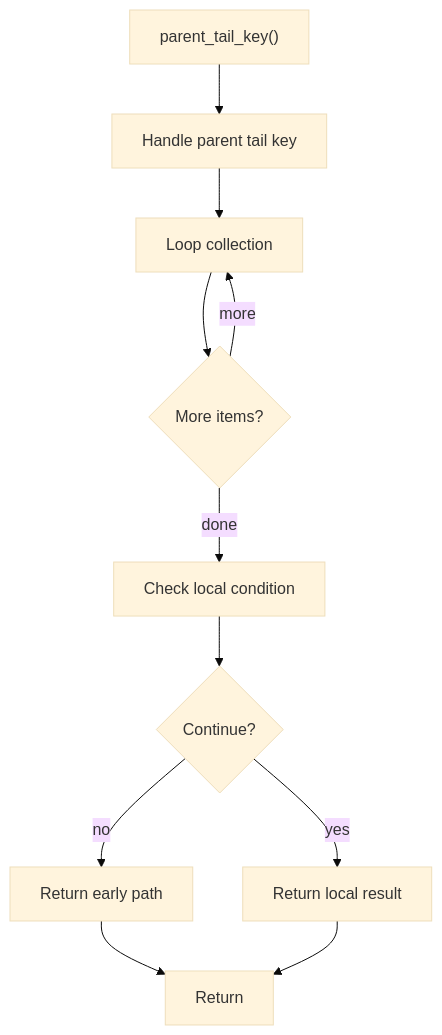
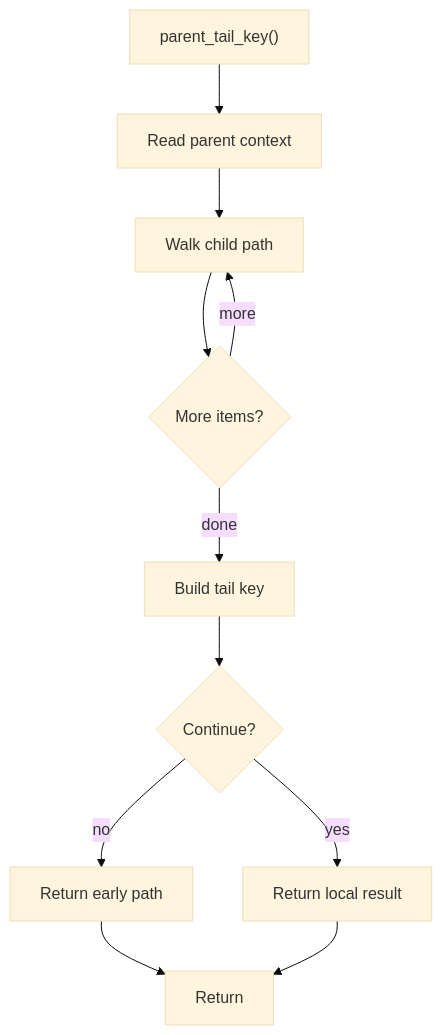
The diagram in docs/Codebase/Microservice/Modules/Source/HashingMechanism/HashLinks/Common/Flow/functions/parent_tail_key.cpp.md (JohnAndrewBalbarosa/NeoTerritory), drawn with Mermaid (base theme) before and after one commit. The commit also changed other lines of this file and 147 other files, not shown here.

````diff
--- a/docs/Codebase/Microservice/Modules/Source/HashingMechanism/HashLinks/Common/Flow/functions/parent_tail_key.cpp.md
+++ b/docs/Codebase/Microservice/Modules/Source/HashingMechanism/HashLinks/Common/Flow/functions/parent_tail_key.cpp.md
@@ -18,22 +24,22 @@
 ```mermaid
 flowchart TD
     Start["parent_tail_key()"]
-    N0["Handle parent tail key"]
-    N1["Loop collection"]
+    N0["Read parent context"]
+    N1["Walk child path"]
     L1{"More items?"}
-    N2["Check local condition"]
+    N2["Build tail key"]
     D2{"Continue?"}
     R2["Return early path"]
     N3["Return local result"]
     End["Return"]
     Start --> N0
     N0 --> N1
     N1 --> L1
     L1 -->|more| N1
     L1 -->|done| N2
     N2 --> D2
     D2 -->|yes| N3
     D2 -->|no| R2
     R2 --> End
     N3 --> End
 ```
````
